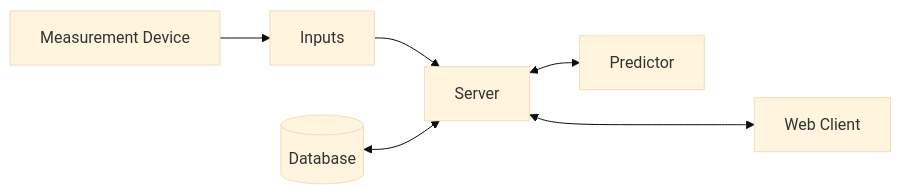
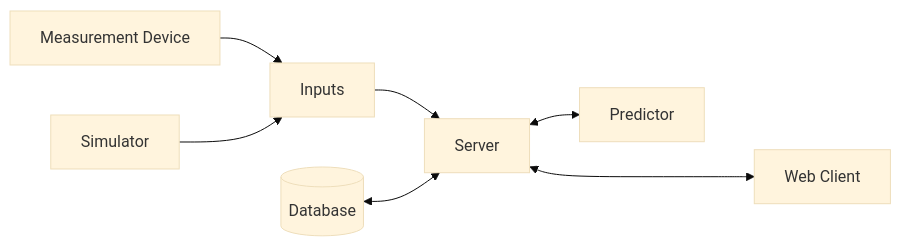
One commit to phofmeier/temperatur_server changed the diagram in docs/index.md. Above: the diagram before and after it, drawn with Mermaid (base theme). The commit also changed 6 other files, not shown here.

````diff
--- a/docs/index.md
+++ b/docs/index.md
@@ -9,15 +9,17 @@
 ```mermaid
 flowchart LR
 meas[Measurement Device]
+sim[Simulator]
 inputs[Inputs]
 database[(Database)]
 server[Server]
 predictor[Predictor]
 gui[Web Client]
 
 meas --> inputs
+sim --> inputs
 inputs --> server
 database <--> server
 server <--> predictor
 server <---> gui
 ```
````
